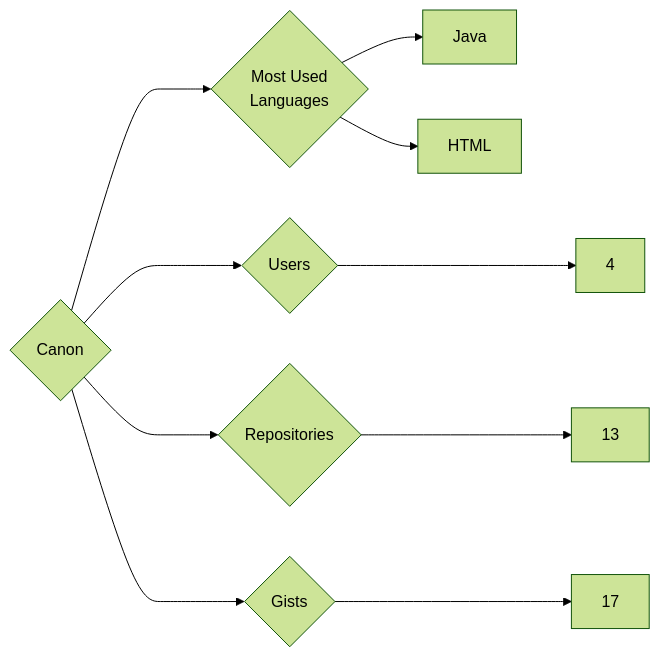
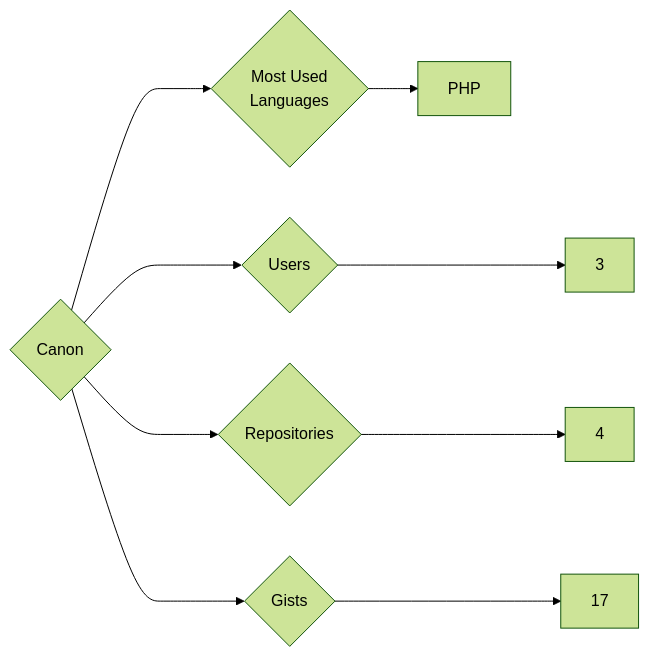
The diagram in targets/Canon/README.md (trickest/insiders), drawn with Mermaid (forest theme) before and after one commit. The commit also changed 1170 other files, not shown here.

````diff
--- a/targets/Canon/README.md
+++ b/targets/Canon/README.md
@@ -3,10 +3,9 @@
 ```mermaid
 graph LR
 COMPANY_NAME{Canon}
-COMPANY_NAME ---> U{Users} ---> UN[4]
-COMPANY_NAME ---> R{Repositories} ---> RN[13]
+COMPANY_NAME ---> U{Users} ---> UN[3]
+COMPANY_NAME ---> R{Repositories} ---> RN[4]
 COMPANY_NAME ---> G{Gists} ---> GN[17]
 COMPANY_NAME ---> ML{Most Used<br>Languages}
-ML --> Java[Java]
-ML --> HTML[HTML]
+ML --> PHP[PHP]
 ```
````
